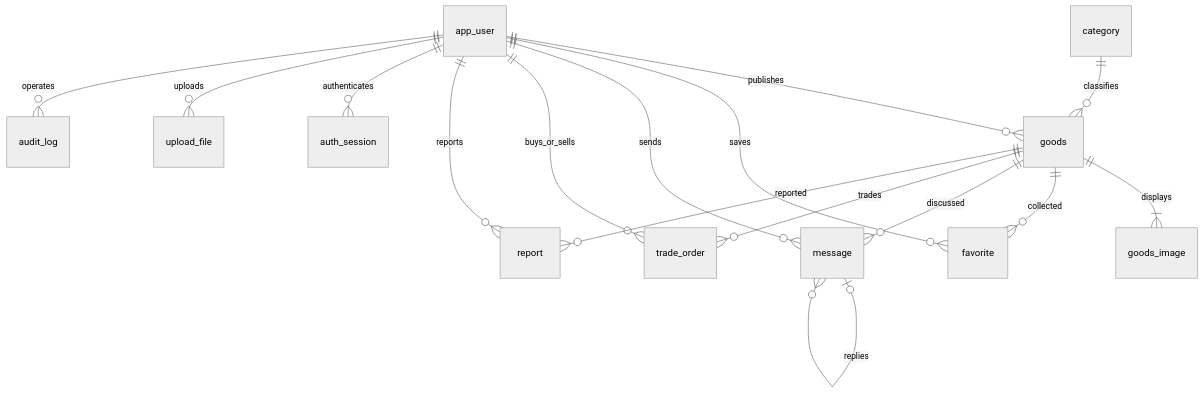
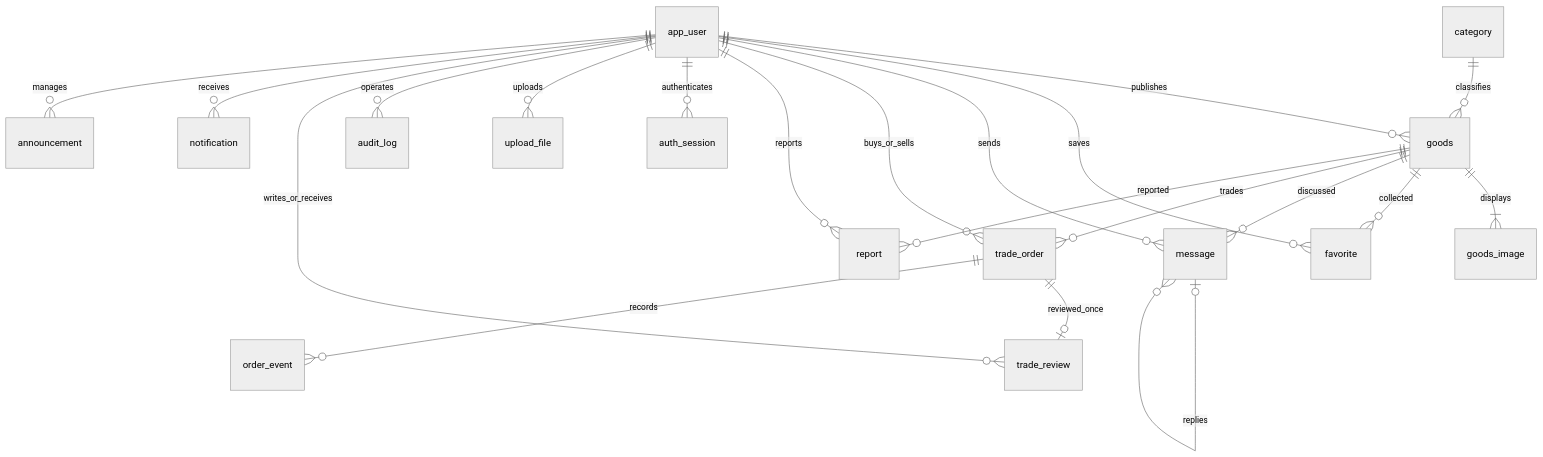
Before and after one commit to xiangjinxia/boss: the second of 4 diagrams in docs/设计报告.md, drawn with Mermaid (neutral theme). The commit also changed other lines of this file and 101 other files, not shown here.

````diff
--- a/docs/设计报告.md
+++ b/docs/设计报告.md
@@ -70,18 +78,23 @@
 ```mermaid
 erDiagram
   app_user ||--o{ goods : publishes
   category ||--o{ goods : classifies
   goods ||--|{ goods_image : displays
   app_user ||--o{ favorite : saves
   goods ||--o{ favorite : collected
   goods ||--o{ message : discussed
   app_user ||--o{ message : sends
   message o|--o{ message : replies
   goods ||--o{ trade_order : trades
   app_user ||--o{ trade_order : buys_or_sells
   app_user ||--o{ report : reports
   goods ||--o{ report : reported
   app_user ||--o{ auth_session : authenticates
   app_user ||--o{ upload_file : uploads
   app_user ||--o{ audit_log : operates
+  trade_order ||--o| trade_review : reviewed_once
+  app_user ||--o{ trade_review : writes_or_receives
+  trade_order ||--o{ order_event : records
+  app_user ||--o{ notification : receives
+  app_user ||--o{ announcement : manages
 ```
````
